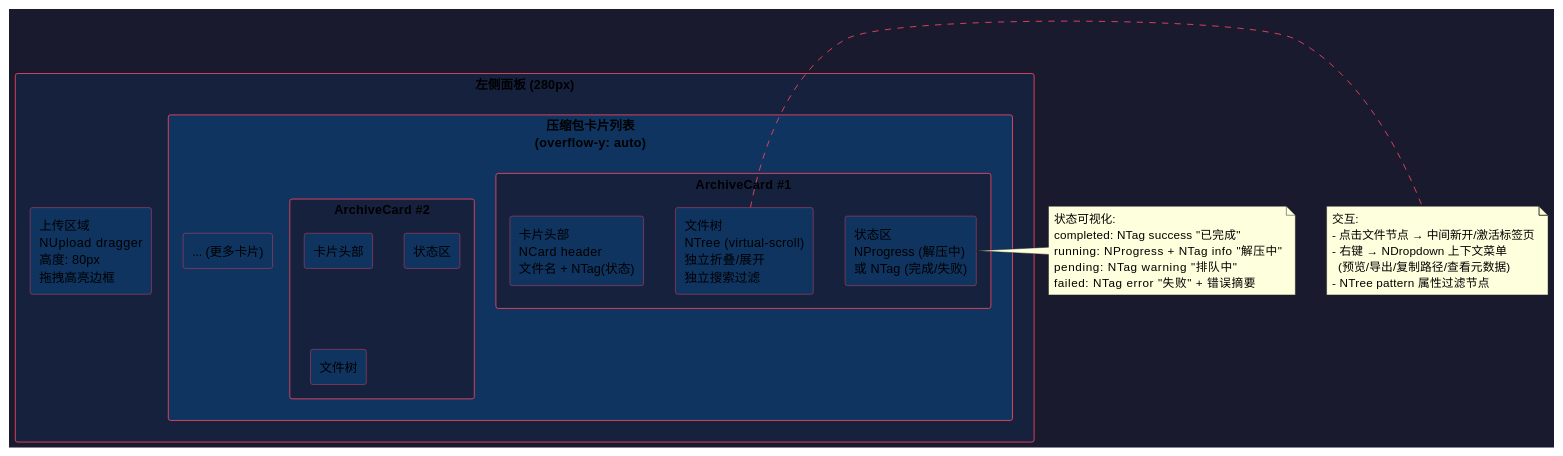
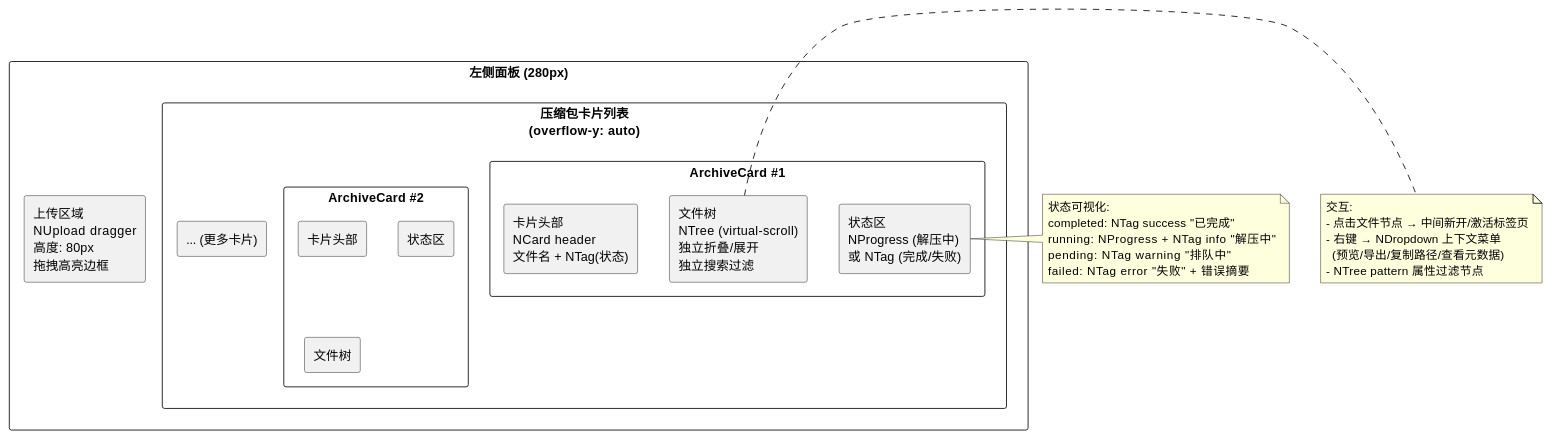
The fourth of 20 diagrams in docs/superpowers/specs/2026-06-26-system-architecture-design.md (taoweidong/Hello-Tauri), drawn with PlantUML before and after one commit. The commit also changed other lines of this file and 1 other file, not shown here.

Commit message:
docs: add README, remove PlantUML dark theme styles

````diff
--- a/docs/superpowers/specs/2026-06-26-system-architecture-design.md
+++ b/docs/superpowers/specs/2026-06-26-system-architecture-design.md
@@ -249,47 +230,42 @@
 ```plantuml
 @startuml
-skinparam backgroundColor #1a1a2e
-skinparam defaultTextColor #e0e0e0
-skinparam rectangleBackgroundColor #0f3460
-skinparam rectangleBorderColor #e94560
-skinparam arrowColor #e94560
 
-rectangle "左侧面板 (280px)" #16213e {
+rectangle "左侧面板 (280px)" {
 
-  rectangle "上传区域\nNUpload dragger\n高度: 80px\n拖拽高亮边框" as upload #0f3460
+  rectangle "上传区域\nNUpload dragger\n高度: 80px\n拖拽高亮边框" as upload
 
-  rectangle "压缩包卡片列表\n(overflow-y: auto)" #0f3460 {
+  rectangle "压缩包卡片列表\n(overflow-y: auto)" {
 
-    rectangle "ArchiveCard #1" #16213e {
+    rectangle "ArchiveCard #1" {
       rectangle "卡片头部\nNCard header\n文件名 + NTag(状态)" as card_h1
       rectangle "状态区\nNProgress (解压中)\n或 NTag (完成/失败)" as card_s1
       rectangle "文件树\nNTree (virtual-scroll)\n独立折叠/展开\n独立搜索过滤" as card_t1
     }
 
-    rectangle "ArchiveCard #2" #16213e {
+    rectangle "ArchiveCard #2" {
       rectangle "卡片头部" as card_h2
       rectangle "状态区" as card_s2
       rectangle "文件树" as card_t2
     }
 
     rectangle "... (更多卡片)" as more
   }
 }
 
 note right of card_s1
   状态可视化:
   completed: NTag success "已完成"
   running:   NProgress + NTag info "解压中"
   pending:   NTag warning "排队中"
   failed:    NTag error "失败" + 错误摘要
 end note
 
 note right of card_t1
   交互:
   - 点击文件节点 → 中间新开/激活标签页
   - 右键 → NDropdown 上下文菜单
     (预览/导出/复制路径/查看元数据)
   - NTree pattern 属性过滤节点
 end note
 @enduml
 ```
````
